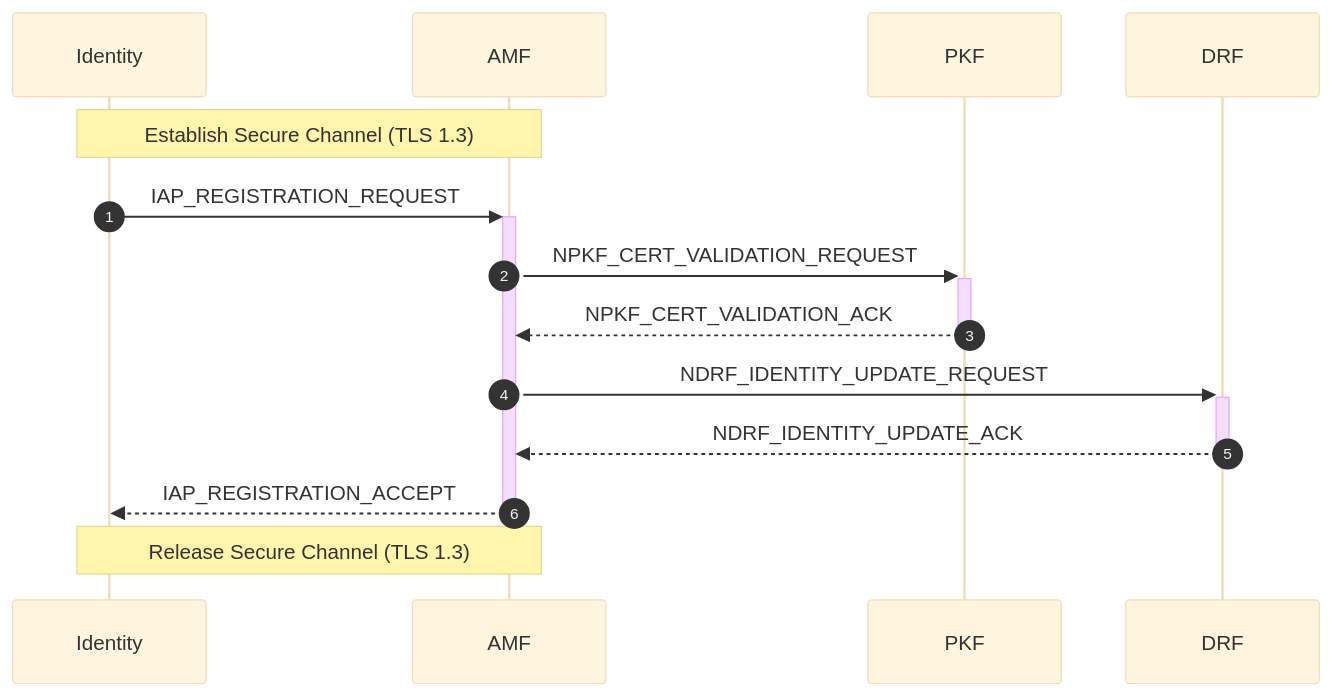
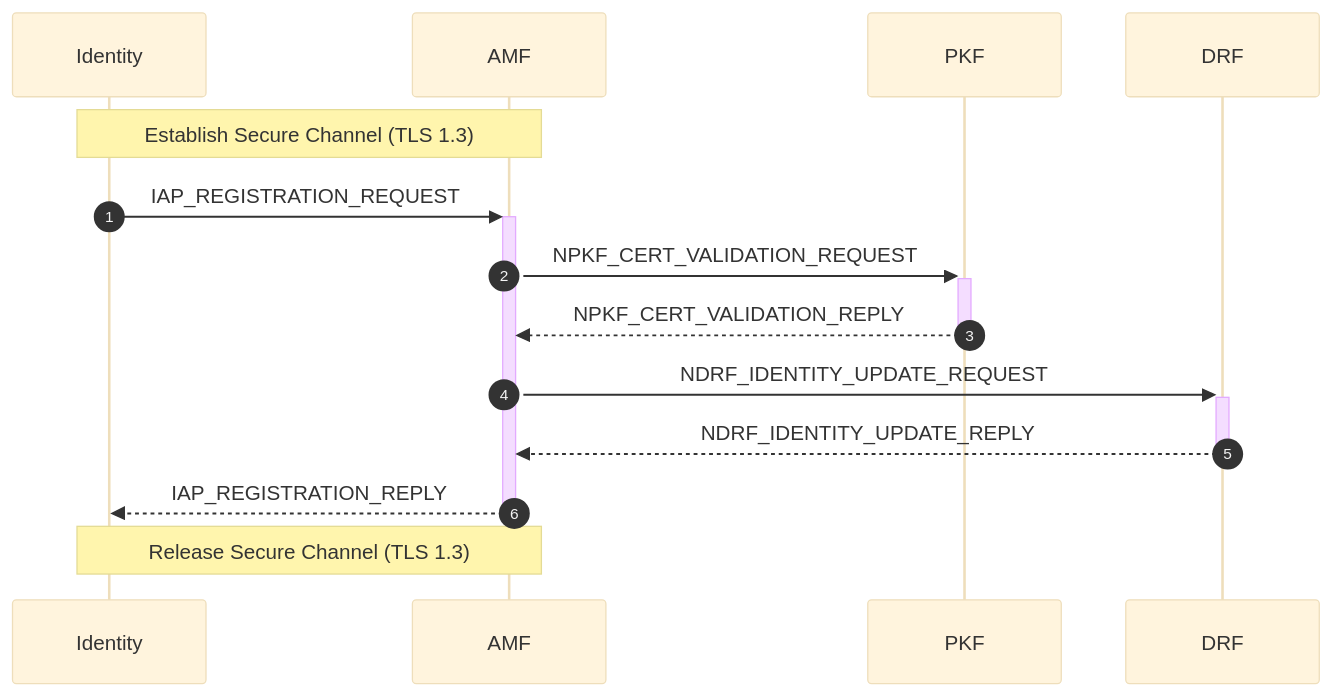
One commit to veil-link/veilink changed the seventh of 21 diagrams in doc/doc-spec/00-series-general/00.002-procedure.md. Above: the diagram before and after it, drawn with Mermaid (base theme). The commit also changed other lines of this file and 1 other file, not shown here.

````diff
--- a/doc/doc-spec/00-series-general/00.002-procedure.md
+++ b/doc/doc-spec/00-series-general/00.002-procedure.md
@@ -157,18 +159,18 @@
 ```mermaid
 sequenceDiagram
     autonumber
 
     participant id as Identity
     participant amf as AMF
     participant pkf as PKF
     participant drf as DRF
 
     Note over id, amf: Establish Secure Channel (TLS 1.3)
     id ->>+ amf: IAP_REGISTRATION_REQUEST
     amf ->>+ pkf: NPKF_CERT_VALIDATION_REQUEST
-    pkf -->>- amf: NPKF_CERT_VALIDATION_ACK
+    pkf -->>- amf: NPKF_CERT_VALIDATION_REPLY
     amf ->>+ drf: NDRF_IDENTITY_UPDATE_REQUEST
-    drf -->>- amf: NDRF_IDENTITY_UPDATE_ACK
-    amf -->>- id: IAP_REGISTRATION_ACCEPT
+    drf -->>- amf: NDRF_IDENTITY_UPDATE_REPLY
+    amf -->>- id: IAP_REGISTRATION_REPLY
     Note over id, amf: Release Secure Channel (TLS 1.3)
 ```
````
